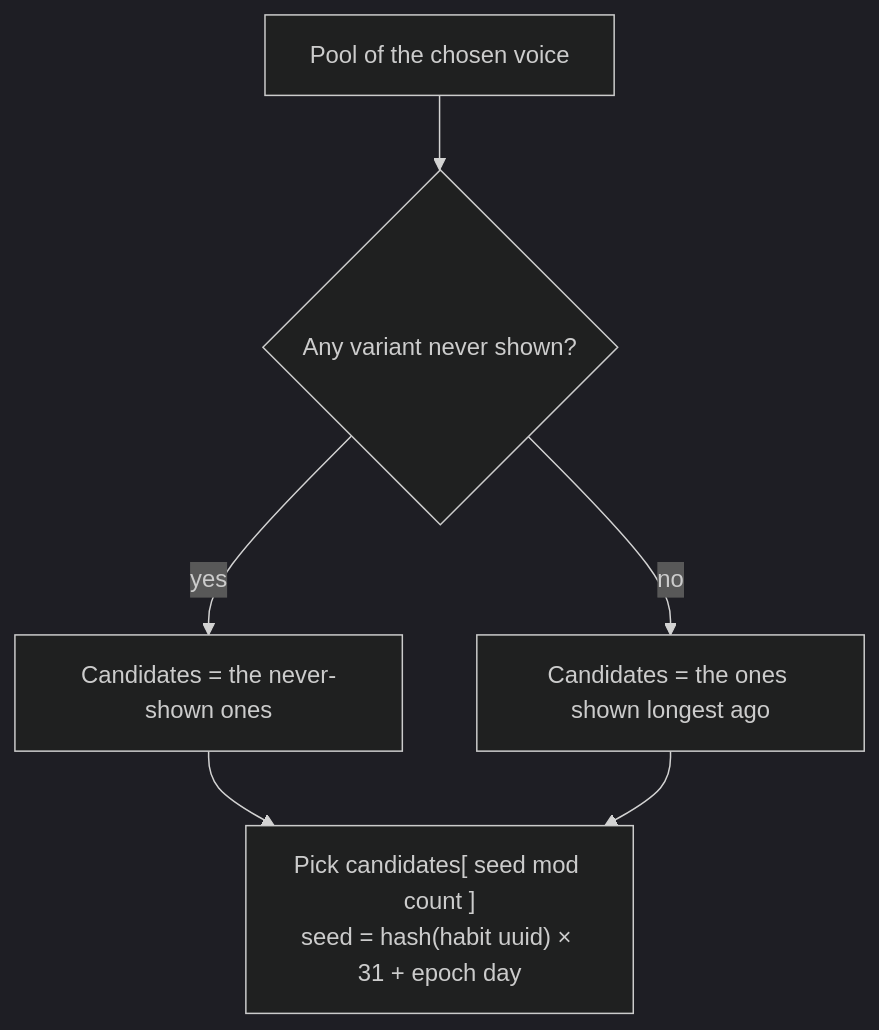
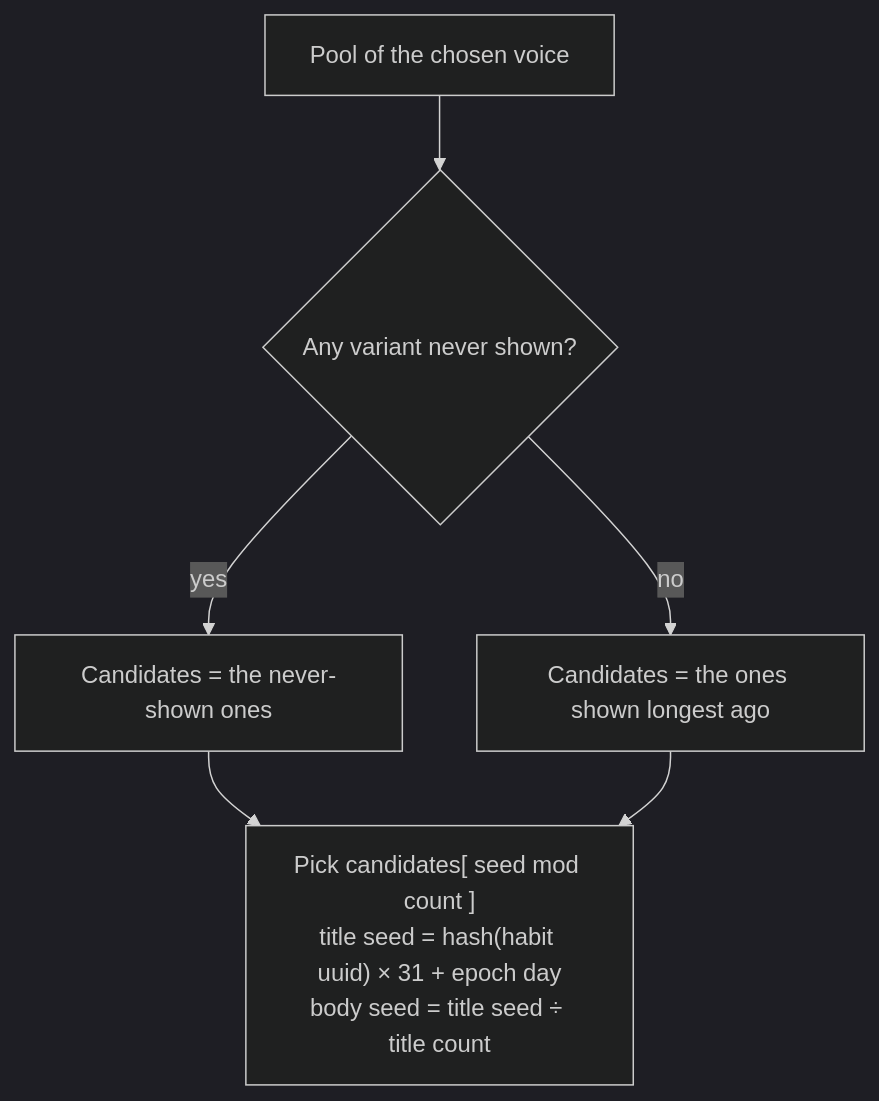
Before and after one commit to nexusaicodes/sleeves-up: the fourth of 4 diagrams in docs/nudge-voices.md, drawn with Mermaid (dark theme). The commit also changed other lines of this file and 22 other files, not shown here.

````diff
--- a/docs/nudge-voices.md
+++ b/docs/nudge-voices.md
@@ -149,7 +149,7 @@
 ```mermaid
 flowchart TD
     A[Pool of the chosen voice] --> B{Any variant never shown?}
     B -- yes --> C[Candidates = the never-shown ones]
     B -- no --> D[Candidates = the ones shown longest ago]
-    C & D --> E["Pick candidates[ seed mod count ]<br/>seed = hash(habit uuid) × 31 + epoch day"]
+    C & D --> E["Pick candidates[ seed mod count ]<br/>title seed = hash(habit uuid) × 31 + epoch day<br/>body seed = title seed ÷ title count"]
 ```
````
